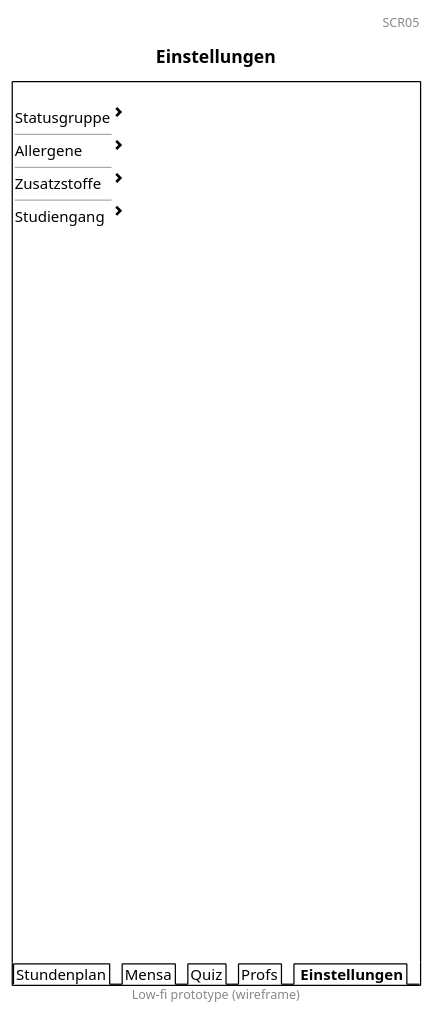
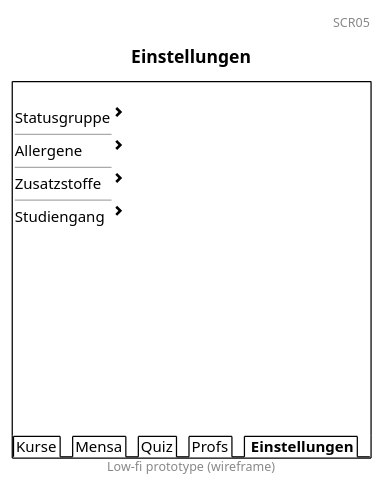
One commit to RobinNunkesser/plantuml changed the diagram in scr5.pu. Above: the diagram before and after it, drawn with PlantUML. The commit also changed 5 other files, not shown here.

```diff
--- a/scr5.pu
+++ b/scr5.pu
@@ -1,51 +1,28 @@
 @startsalt
 title Einstellungen
 header SCR05
 footer Low-fi prototype (wireframe)
 {+
 {
     .
     Statusgruppe | <&chevron-right>
     ----
     Allergene | <&chevron-right>
     ----
     Zusatzstoffe | <&chevron-right>
     ----
     Studiengang | <&chevron-right>
     .
     .
     .
     .
     .
     .
     .
     .
-    .
-    .
-    .
-    .
-    .
-    .
-    .
-    .
-    .
-    .
-    .
-    .
-    .
-    .
-    .
-    .
-    .
-    .
-    .
-    .
-    .
-    .
-    .
     .      
 }
-{/ Stundenplan | Mensa | Quiz | Profs | <b> Einstellungen }
+{/ Kurse | Mensa | Quiz | Profs | <b> Einstellungen }
 }
 
 @endsalt
```
